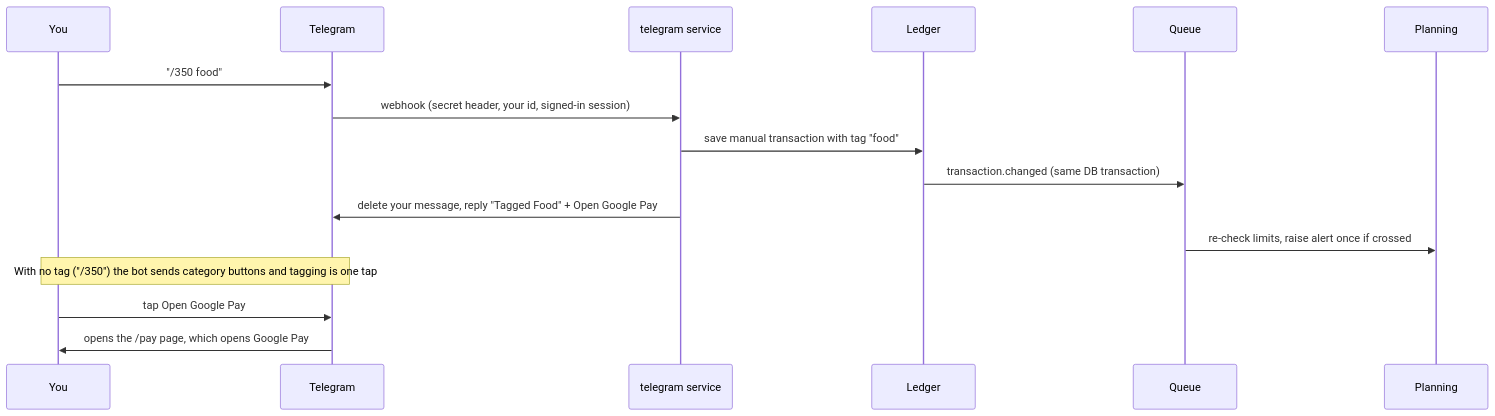
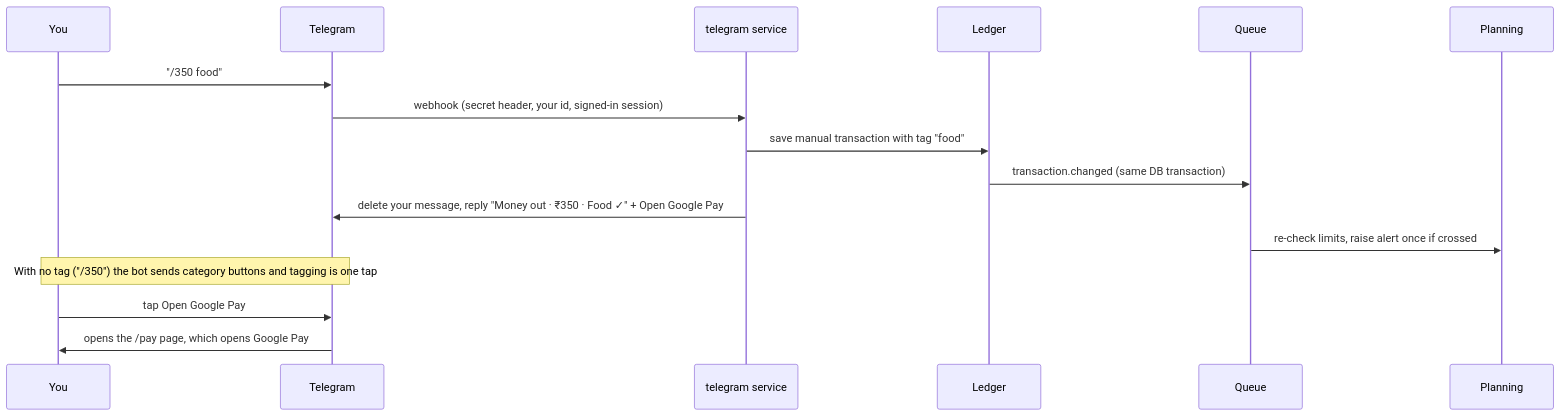
Before and after one commit to aayushsugandhi2703/LBStash: the second of 2 diagrams in README.md, drawn with Mermaid. The commit also changed other lines of this file and 7 other files, not shown here.

First line of the commit message:
Docs: Telegram owner lock, allowed addresses, typed-amount reply, brand folder

````diff
--- a/README.md
+++ b/README.md
@@ -79,18 +79,18 @@
 ```mermaid
 sequenceDiagram
   participant You
   participant Telegram
   participant Bot as telegram service
   participant Ledger
   participant Q as Queue
   participant Planning
   You->>Telegram: "/350 food"
   Telegram->>Bot: webhook (secret header, your id, signed-in session)
   Bot->>Ledger: save manual transaction with tag "food"
   Ledger->>Q: transaction.changed (same DB transaction)
-  Bot->>Telegram: delete your message, reply "Tagged Food" + Open Google Pay
+  Bot->>Telegram: delete your message, reply "Money out · ₹350 · Food ✓" + Open Google Pay
   Q->>Planning: re-check limits, raise alert once if crossed
   Note over You,Telegram: With no tag ("/350") the bot sends category buttons and tagging is one tap
   You->>Telegram: tap Open Google Pay
   Telegram->>You: opens the /pay page, which opens Google Pay
 ```
````
